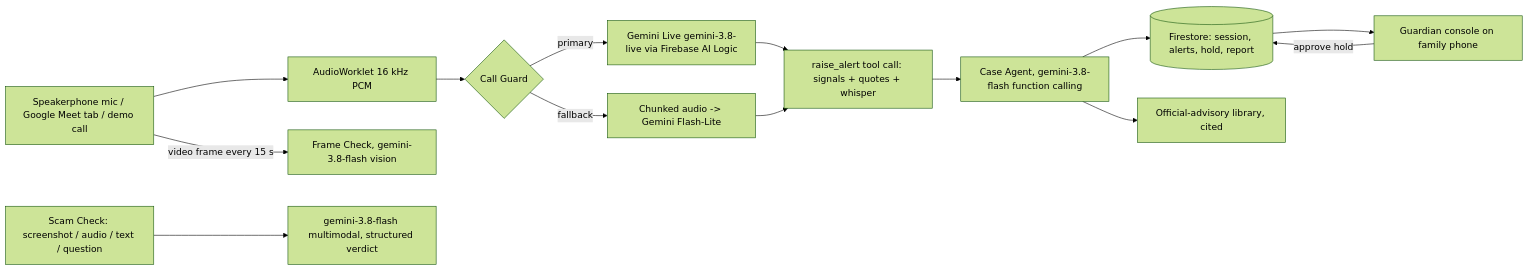
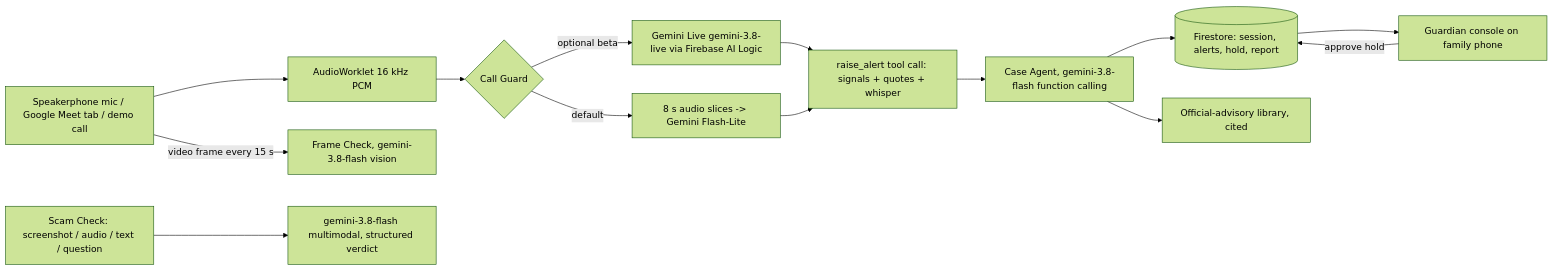
The diagram in README.md (dager23/second-opinion), drawn with Mermaid (forest theme) before and after one commit. The commit also changed other lines of this file and 7 other files, not shown here.

Commit message:
Align docs and About page with chunked-by-default analysis; remove superseded deck

````diff
--- a/README.md
+++ b/README.md
@@ -25,16 +25,16 @@
 ```mermaid
 flowchart LR
   A[Speakerphone mic / Google Meet tab / demo call] --> B[AudioWorklet 16 kHz PCM]
   B --> C{Call Guard}
-  C -->|primary| D[Gemini Live gemini-3.8-live via Firebase AI Logic]
-  C -->|fallback| E[Chunked audio -> Gemini Flash-Lite]
+  C -->|default| E[8 s audio slices -> Gemini Flash-Lite]
+  C -->|optional beta| D[Gemini Live gemini-3.8-live via Firebase AI Logic]
   D --> F[raise_alert tool call: signals + quotes + whisper]
   E --> F
   A -->|video frame every 15 s| G[Frame Check, gemini-3.8-flash vision]
   F --> H[Case Agent, gemini-3.8-flash function calling]
   H --> I[(Firestore: session, alerts, hold, report)]
   H --> J[Official-advisory library, cited]
   I --> K[Guardian console on family phone]
   K -->|approve hold| I
   L[Scam Check: screenshot / audio / text / question] --> M[gemini-3.8-flash multimodal, structured verdict]
 ```
````
